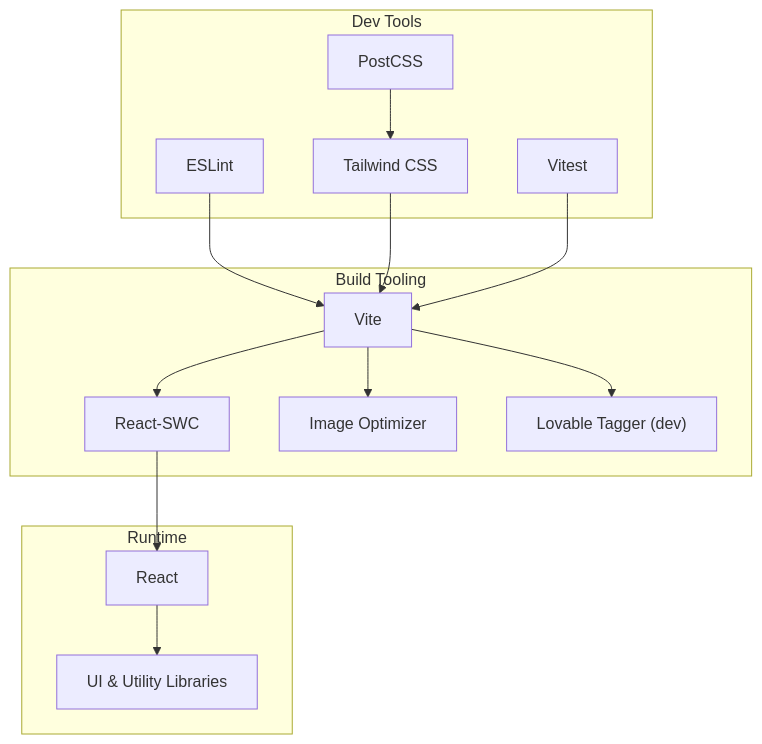
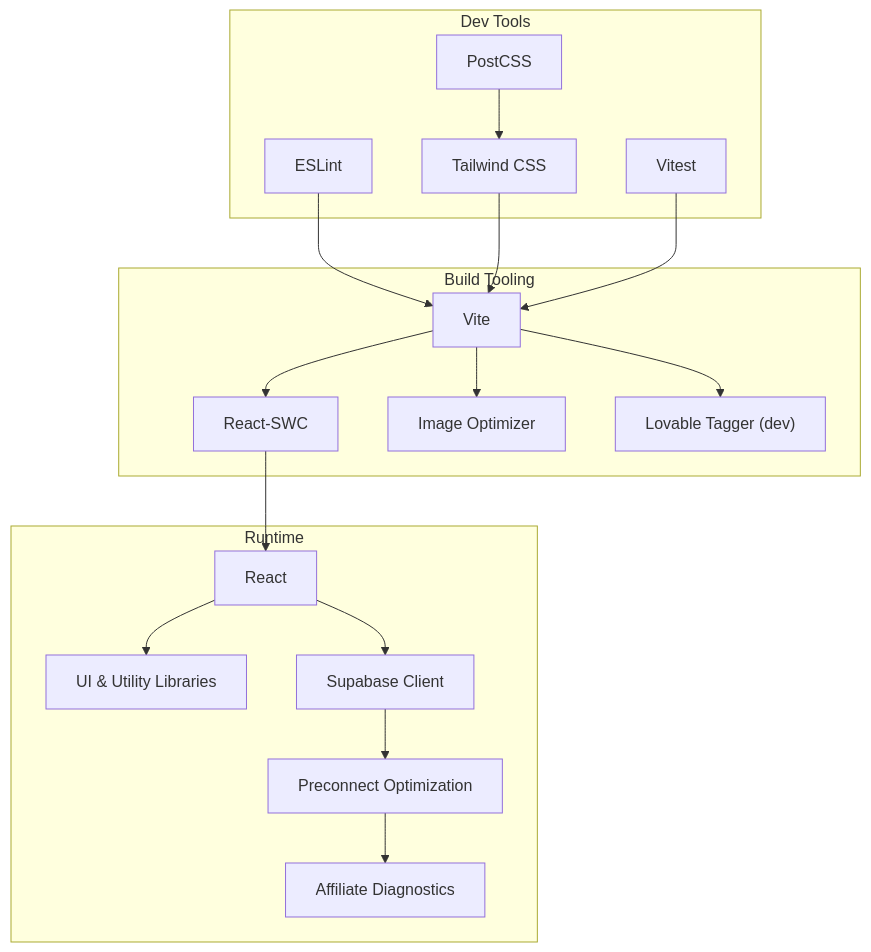
The second of 8 diagrams in .qoder/repowiki/en/content/Troubleshooting & FAQ.md (Hawky1/ryland), drawn with Mermaid before and after one commit. The commit also changed other lines of this file and 5 other files, not shown here.

````diff
--- a/.qoder/repowiki/en/content/Troubleshooting & FAQ.md
+++ b/.qoder/repowiki/en/content/Troubleshooting & FAQ.md
@@ -78,28 +96,34 @@
 ```mermaid
 graph TB
 subgraph "Dev Tools"
 ESL["ESLint"]
 PC["PostCSS"]
 TW["Tailwind CSS"]
 VT["Vitest"]
 end
 subgraph "Build Tooling"
 VITE["Vite"]
 SWC["React-SWC"]
 IMG["Image Optimizer"]
 TAG["Lovable Tagger (dev)"]
 end
 subgraph "Runtime"
 REACT["React"]
 LIBS["UI & Utility Libraries"]
+SUPA["Supabase Client"]
+PRE["Preconnect Optimization"]
+DIAG["Affiliate Diagnostics"]
 end
 ESL --> VITE
 PC --> TW
 TW --> VITE
 VT --> VITE
 VITE --> SWC
 VITE --> IMG
 VITE --> TAG
 SWC --> REACT
 REACT --> LIBS
+REACT --> SUPA
+SUPA --> PRE
+PRE --> DIAG
 ```
````
